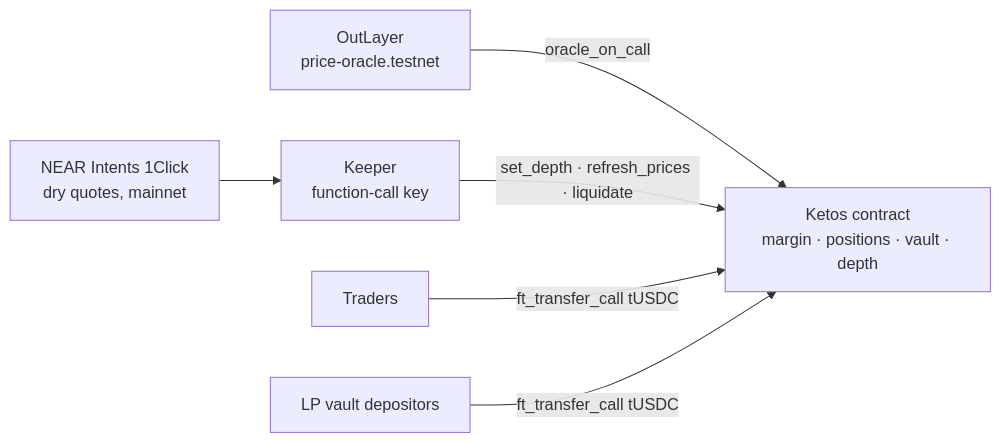
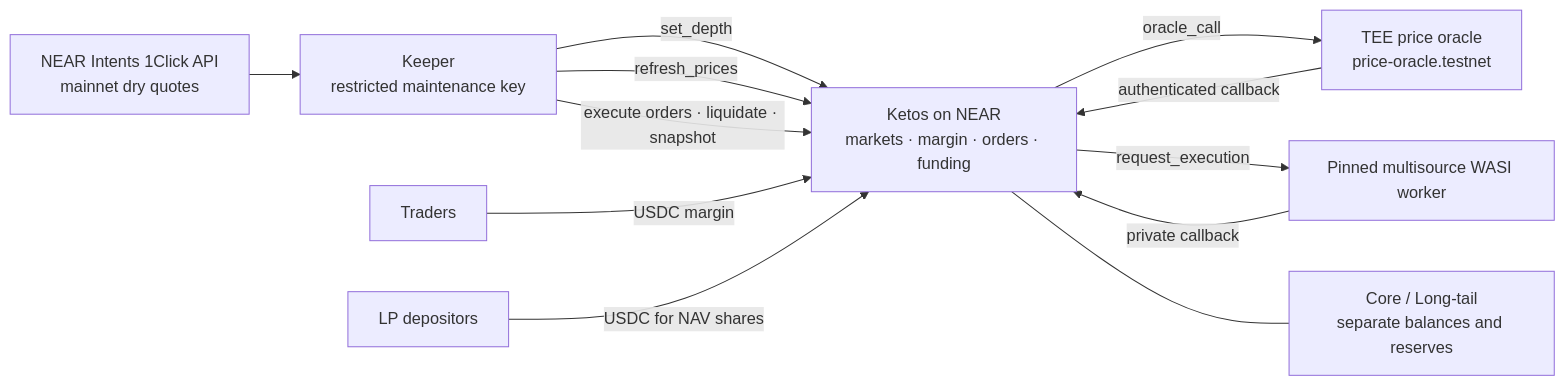
One commit to CHAAIISE/ketos changed the diagram in README.md. Above: the diagram before and after it, drawn with Mermaid. The commit also changed other lines of this file and 1 other file, not shown here.

````diff
--- a/README.md
+++ b/README.md
@@ -50,8 +49,14 @@
 ```mermaid
 flowchart LR
-  Q["NEAR Intents 1Click<br/>dry quotes, mainnet"] --> K["Keeper<br/>function-call key"]
-  O["OutLayer<br/>price-oracle.testnet"] -->|oracle_on_call| C
-  K -->|set_depth · refresh_prices · liquidate| C["Ketos contract<br/>margin · positions · vault · depth"]
-  T["Traders"] -->|ft_transfer_call tUSDC| C
-  L["LP vault depositors"] -->|ft_transfer_call tUSDC| C
+  Q["NEAR Intents 1Click API<br/>mainnet dry quotes"] --> K["Keeper<br/>restricted maintenance key"]
+  K -->|set_depth| C["Ketos on NEAR<br/>markets · margin · orders · funding"]
+  K -->|refresh_prices| C
+  C -->|oracle_call| O["TEE price oracle<br/>price-oracle.testnet"]
+  C -->|request_execution| W["Pinned multisource WASI worker"]
+  O -->|authenticated callback| C
+  W -->|private callback| C
+  K -->|execute orders · liquidate · snapshot| C
+  T["Traders"] -->|USDC margin| C
+  L["LP depositors"] -->|USDC for NAV shares| C
+  C --- V["Core / Long-tail<br/>separate balances and reserves"]
 ```
````
